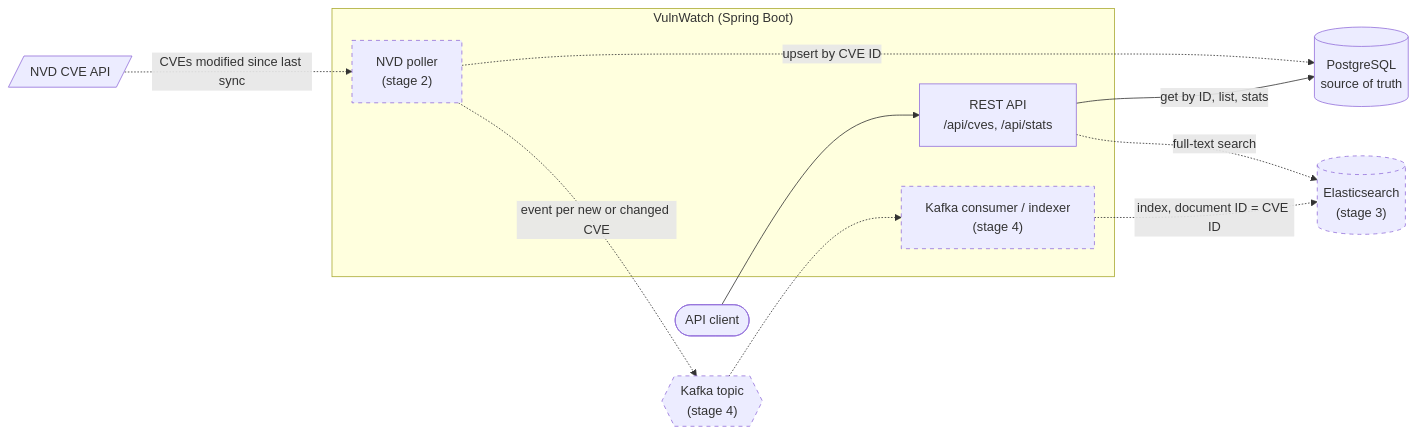
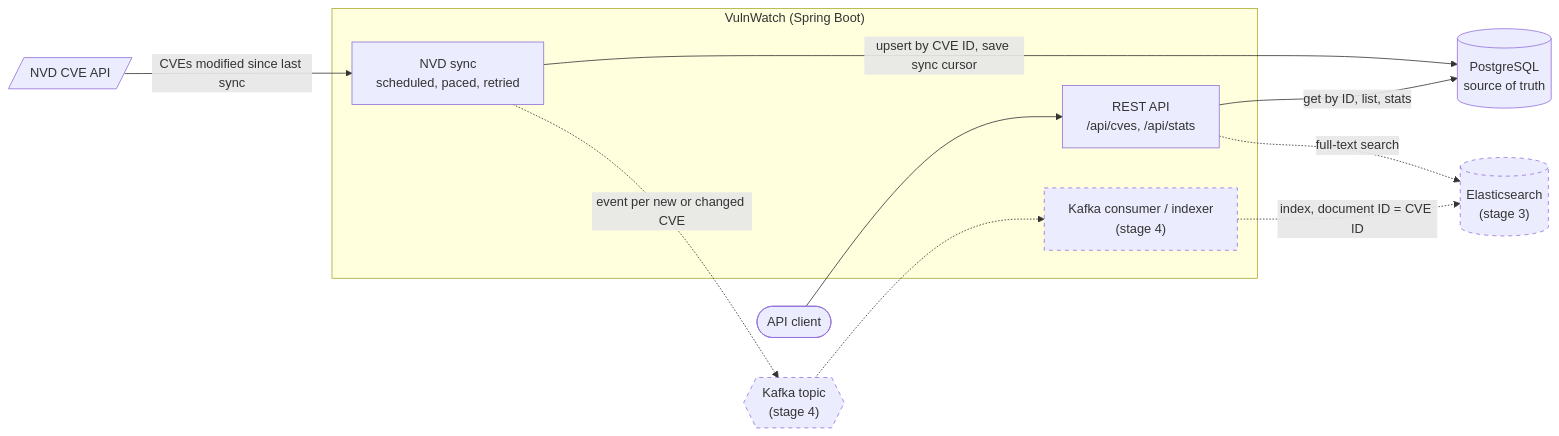
Before and after one commit to KKrusteF/VulnWatch: the diagram in README.md, drawn with Mermaid. The commit also changed other lines of this file and 25 other files, not shown here.

````diff
--- a/README.md
+++ b/README.md
@@ -20,26 +20,26 @@
 ```mermaid
 flowchart LR
     client([API client])
     nvd[/NVD CVE API/]
 
     subgraph app["VulnWatch (Spring Boot)"]
         api["REST API<br/>/api/cves, /api/stats"]
-        ingest["NVD poller<br/>(stage 2)"]:::planned
+        ingest["NVD sync<br/>scheduled, paced, retried"]
         indexer["Kafka consumer / indexer<br/>(stage 4)"]:::planned
     end
 
     pg[("PostgreSQL<br/>source of truth")]
     kafka{{"Kafka topic<br/>(stage 4)"}}:::planned
     es[("Elasticsearch<br/>(stage 3)")]:::planned
 
     client --> api
     api -->|get by ID, list, stats| pg
     api -.->|full-text search| es
-    nvd -.->|CVEs modified since last sync| ingest
-    ingest -.->|upsert by CVE ID| pg
+    nvd -->|CVEs modified since last sync| ingest
+    ingest -->|upsert by CVE ID, save sync cursor| pg
     ingest -.->|event per new or changed CVE| kafka
     kafka -.-> indexer
     indexer -.->|index, document ID = CVE ID| es
 
     classDef planned stroke-dasharray: 5 5
 ```
````
